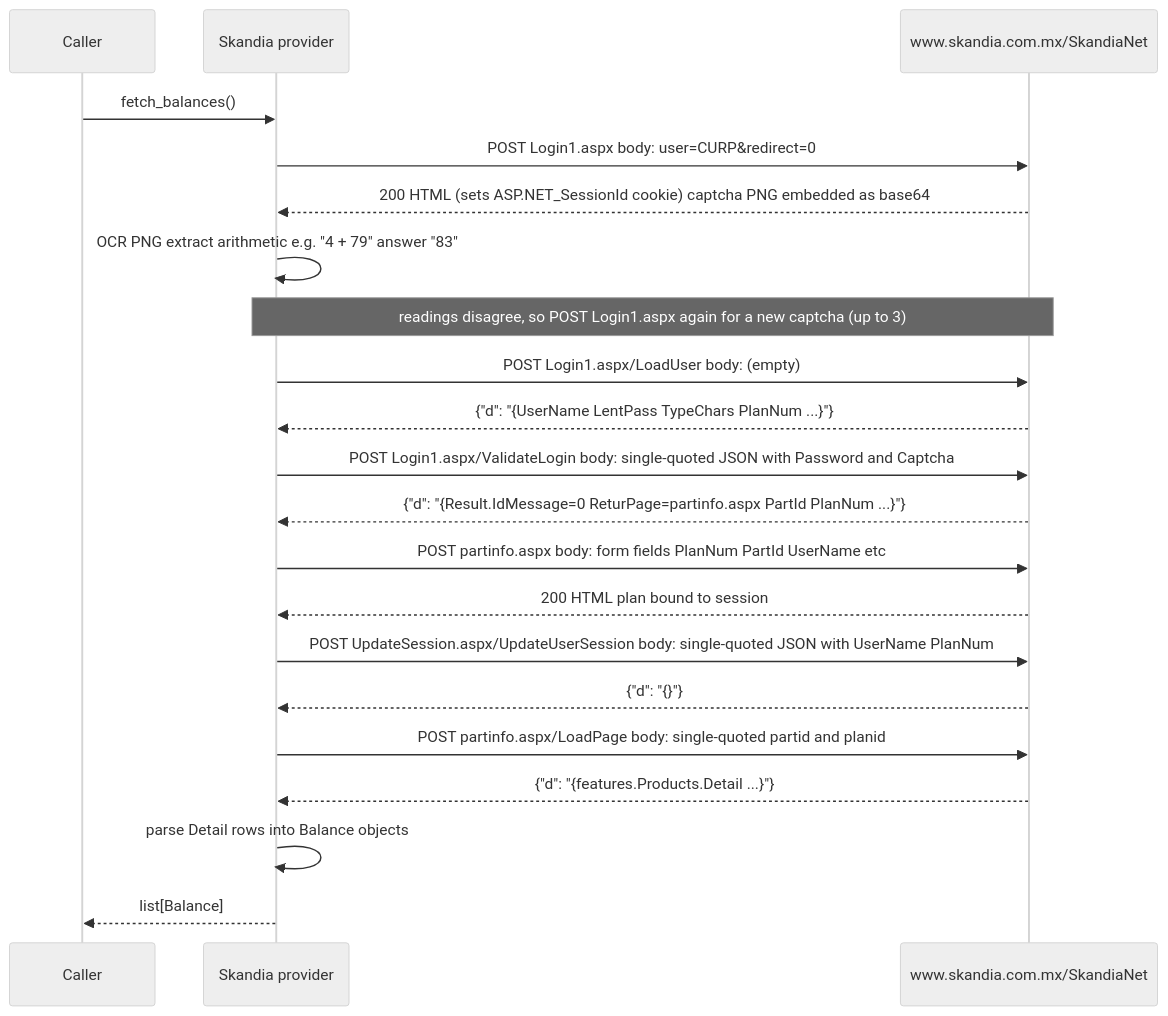
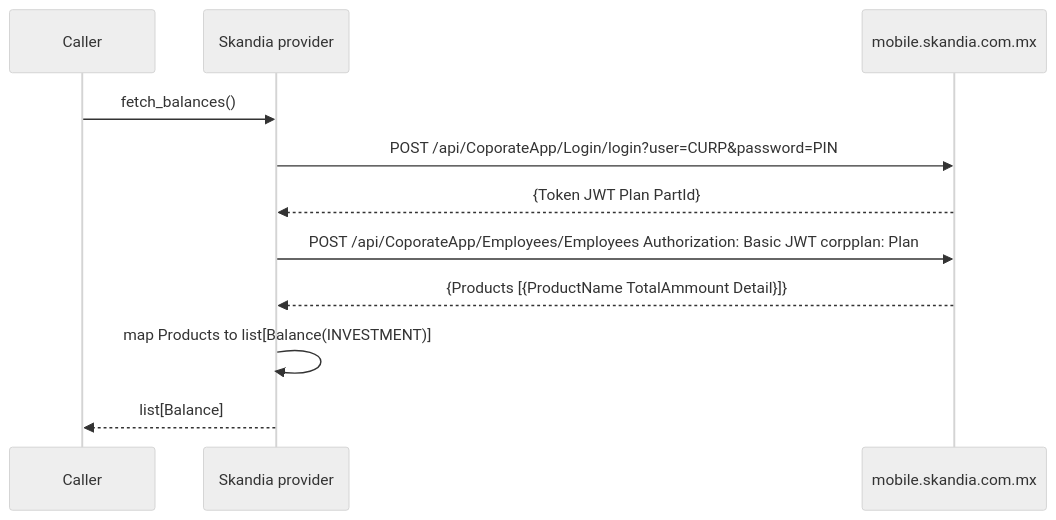
Before and after one commit to PaoloReyes/finscraper-mx: the diagram in docs/flows/skandia.md, drawn with Mermaid (neutral theme). The commit also changed other lines of this file and 13 other files, not shown here.

Commit message:
Skandia: switch to mobile-app login, drop tesseract

````diff
--- a/docs/flows/skandia.md
+++ b/docs/flows/skandia.md
@@ -25,24 +14,14 @@
 ```mermaid
 sequenceDiagram
     participant C as Caller
     participant P as Skandia provider
-    participant S as www.skandia.com.mx/SkandiaNet
+    participant S as mobile.skandia.com.mx
 
     C->>P: fetch_balances()
-    P->>S: POST Login1.aspx  body: user=CURP&redirect=0
-    S-->>P: 200 HTML (sets ASP.NET_SessionId cookie) captcha PNG embedded as base64
-    P->>P: OCR PNG extract arithmetic e.g. "4 + 79" answer "83"
-    Note over P,S: readings disagree, so POST Login1.aspx again for a new captcha (up to 3)
-    P->>S: POST Login1.aspx/LoadUser  body: (empty)
-    S-->>P: {"d": "{UserName LentPass TypeChars PlanNum ...}"}
-    P->>S: POST Login1.aspx/ValidateLogin  body: single-quoted JSON with Password and Captcha
-    S-->>P: {"d": "{Result.IdMessage=0 ReturPage=partinfo.aspx PartId PlanNum ...}"}
-    P->>S: POST partinfo.aspx  body: form fields PlanNum PartId UserName etc
-    S-->>P: 200 HTML plan bound to session
-    P->>S: POST UpdateSession.aspx/UpdateUserSession  body: single-quoted JSON with UserName PlanNum
-    S-->>P: {"d": "{}"}
-    P->>S: POST partinfo.aspx/LoadPage  body: single-quoted partid and planid
-    S-->>P: {"d": "{features.Products.Detail ...}"}
-    P->>P: parse Detail rows into Balance objects
+    P->>S: POST /api/CoporateApp/Login/login?user=CURP&password=PIN
+    S-->>P: {Token JWT Plan PartId}
+    P->>S: POST /api/CoporateApp/Employees/Employees  Authorization: Basic JWT  corpplan: Plan
+    S-->>P: {Products [{ProductName TotalAmmount Detail}]}
+    P->>P: map Products to list[Balance(INVESTMENT)]
     P-->>C: list[Balance]
 ```
````
